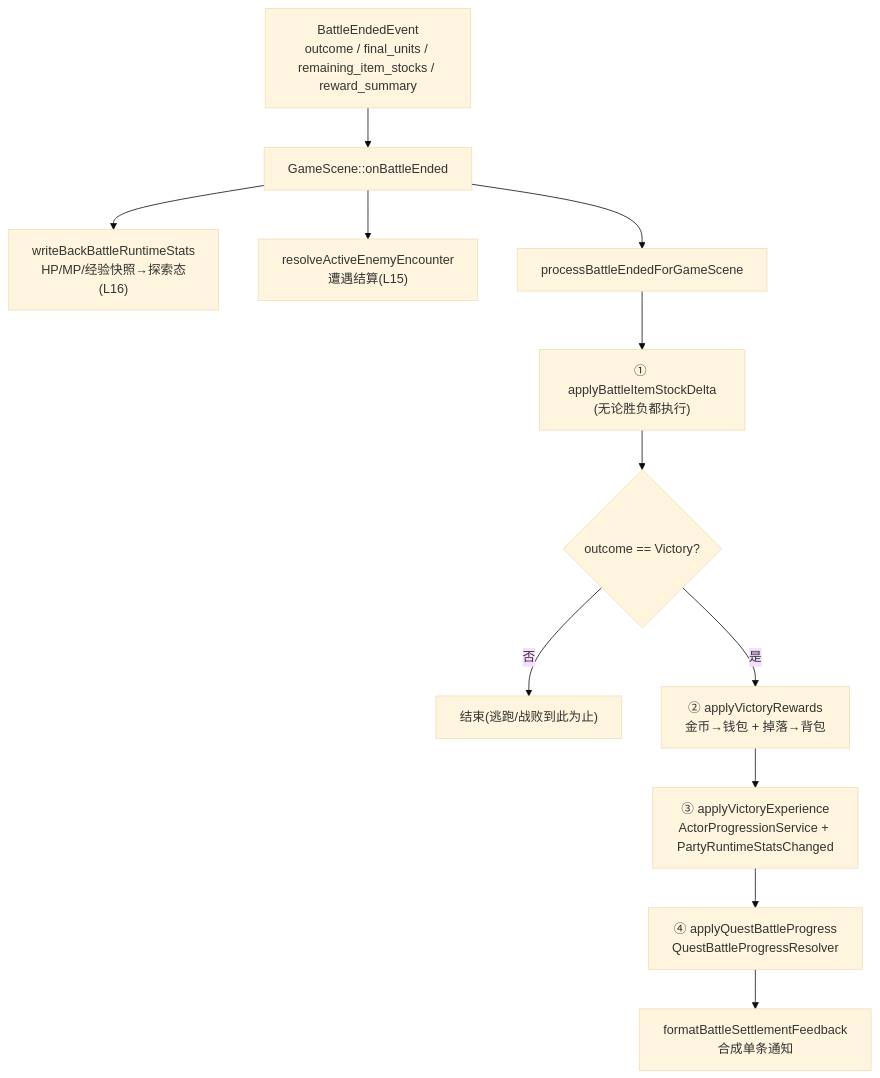
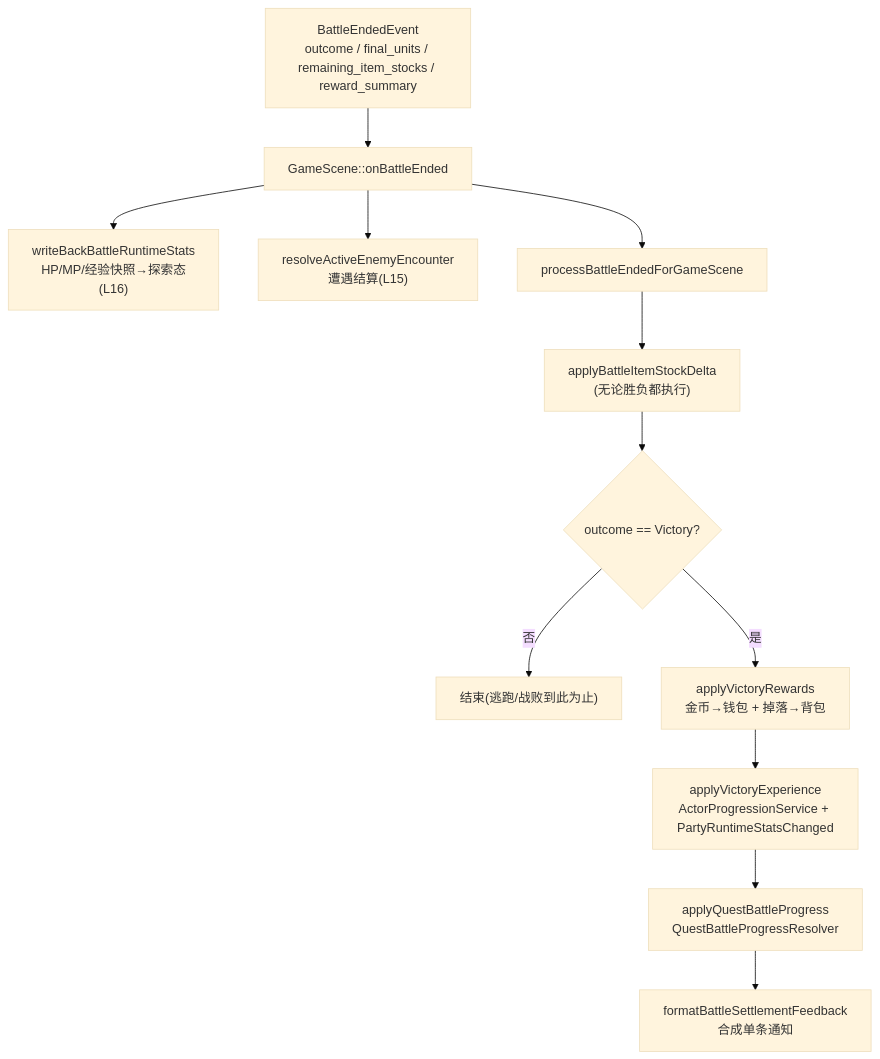
The diagram in lecture_plans/lectures/20-战斗结算与探索态写回.md (WispSnow/TinyFarmRPG), drawn with Mermaid (base theme) before and after one commit. The commit also changed other lines of this file and 9 other files, not shown here.

````diff
--- a/lecture_plans/lectures/20-战斗结算与探索态写回.md
+++ b/lecture_plans/lectures/20-战斗结算与探索态写回.md
@@ -51,16 +55,16 @@
 ```mermaid
 flowchart TD
     EVT["BattleEndedEvent<br/>outcome / final_units / remaining_item_stocks / reward_summary"]
     EVT --> ON["GameScene::onBattleEnded"]
     ON --> WB["writeBackBattleRuntimeStats<br/>HP/MP/经验快照→探索态(L16)"]
     ON --> ENC["resolveActiveEnemyEncounter<br/>遭遇结算(L15)"]
     ON --> PROC["processBattleEndedForGameScene"]
 
-    PROC --> STEP1["① applyBattleItemStockDelta<br/>(无论胜负都执行)"]
+    PROC --> STEP1["applyBattleItemStockDelta<br/>(无论胜负都执行)"]
     STEP1 --> GATE{"outcome == Victory?"}
     GATE -->|否| END["结束(逃跑/战败到此为止)"]
-    GATE -->|是| STEP2["② applyVictoryRewards<br/>金币→钱包 + 掉落→背包"]
-    STEP2 --> STEP3["③ applyVictoryExperience<br/>ActorProgressionService + PartyRuntimeStatsChanged"]
-    STEP3 --> STEP4["④ applyQuestBattleProgress<br/>QuestBattleProgressResolver"]
+    GATE -->|是| STEP2["applyVictoryRewards<br/>金币→钱包 + 掉落→背包"]
+    STEP2 --> STEP3["applyVictoryExperience<br/>ActorProgressionService + PartyRuntimeStatsChanged"]
+    STEP3 --> STEP4["applyQuestBattleProgress<br/>QuestBattleProgressResolver"]
     STEP4 --> FB["formatBattleSettlementFeedback<br/>合成单条通知"]
 ```
````
